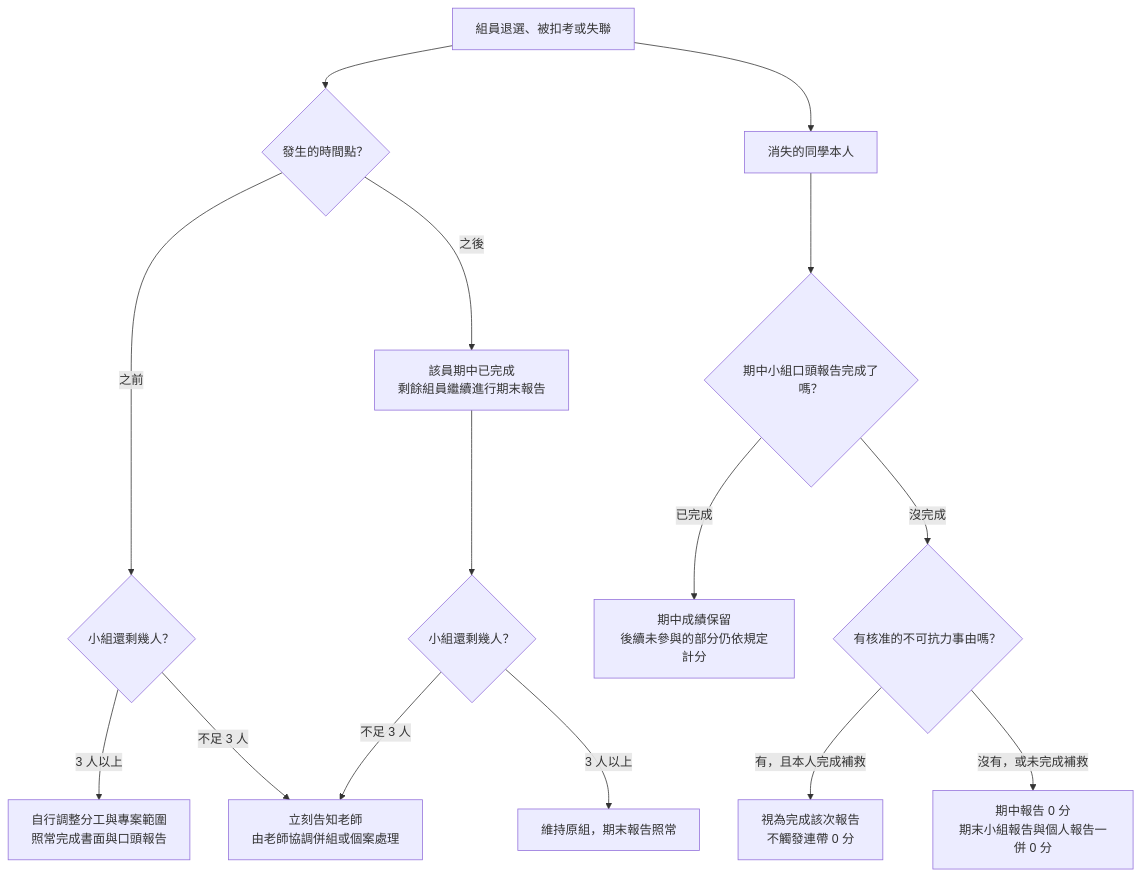
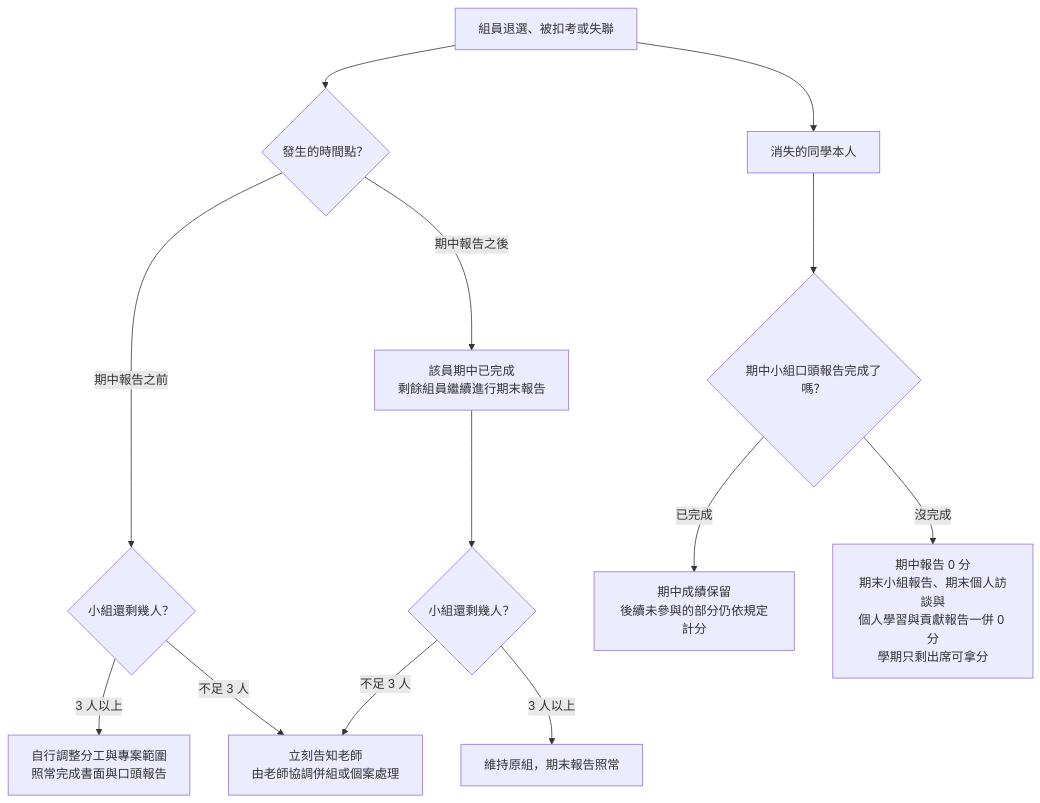
The diagram in 00-Course-Introduction.md (billy1125/system-analysis-and-design), drawn with Mermaid before and after one commit. The commit also changed other lines of this file and 1 other file, not shown here.

````diff
--- a/00-Course-Introduction.md
+++ b/00-Course-Introduction.md
@@ -128,20 +275,19 @@
 ```mermaid
 flowchart TD
     A["組員退選、被扣考或失聯"] --> B{"發生的時間點？"}
 
-    B -->|之前| C{"小組還剩幾人？"}
+    B -->|期中報告之前| C{"小組還剩幾人？"}
     C -->|"3 人以上"| D["自行調整分工與專案範圍<br/>照常完成書面與口頭報告"]
     C -->|"不足 3 人"| E["立刻告知老師<br/>由老師協調併組或個案處理"]
 
-    B -->|之後| F["該員期中已完成<br/>剩餘組員繼續進行期末報告"]
+    B -->|期中報告之後| F["該員期中已完成<br/>剩餘組員繼續進行期末報告"]
     F --> G{"小組還剩幾人？"}
     G -->|"3 人以上"| H["維持原組，期末報告照常"]
     G -->|"不足 3 人"| E
 
     A --> I["消失的同學本人"]
     I --> J{"期中小組口頭報告完成了嗎？"}
     J -->|"已完成"| L["期中成績保留<br/>後續未參與的部分仍依規定計分"]
-    J -->|"沒完成"| M{"有核准的不可抗力事由嗎？"}
-    M -->|"有，且本人完成補救"| N["視為完成該次報告<br/>不觸發連帶 0 分"]
-    M -->|"沒有，或未完成補救"| K["期中報告 0 分<br/>期末小組報告與個人報告一併 0 分"]
+    J -->|"沒完成"| M["期中報告 0 分<br/>期末小組報告、期末個人訪談與<br/>個人學習與貢獻報告一併 0 分<br/>學期只剩出席可拿分"]
+
 ```
````
